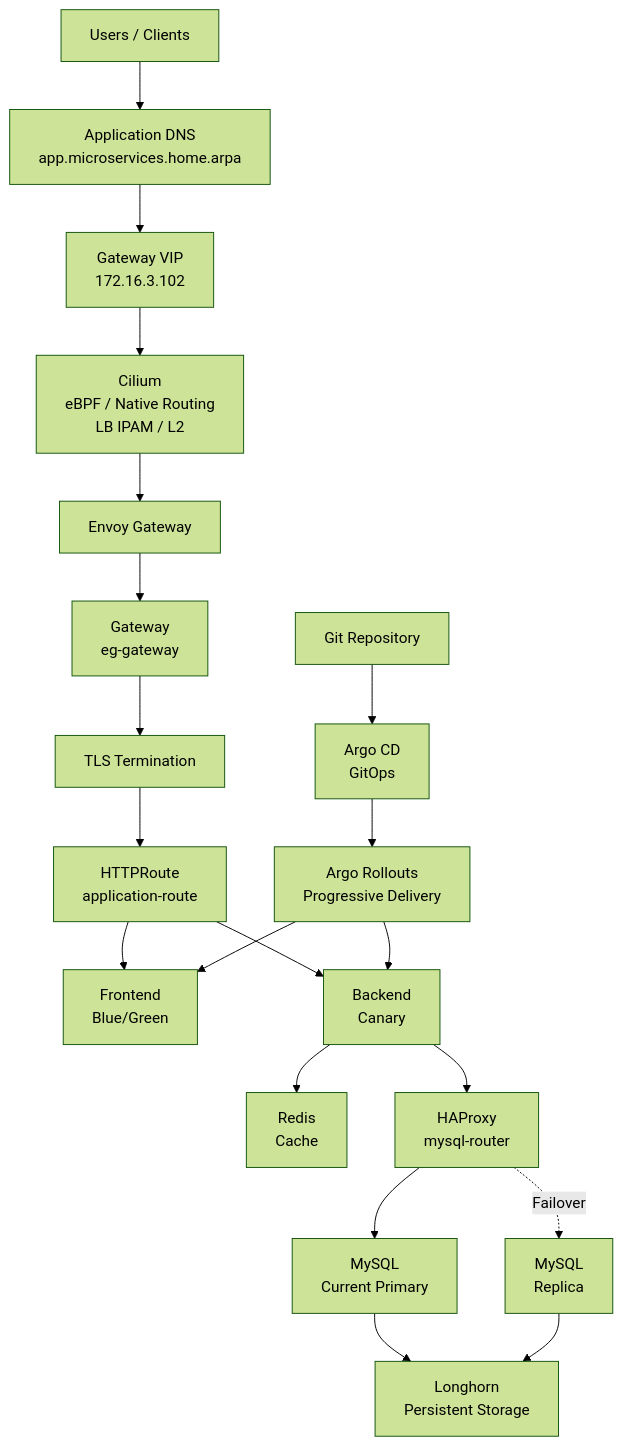
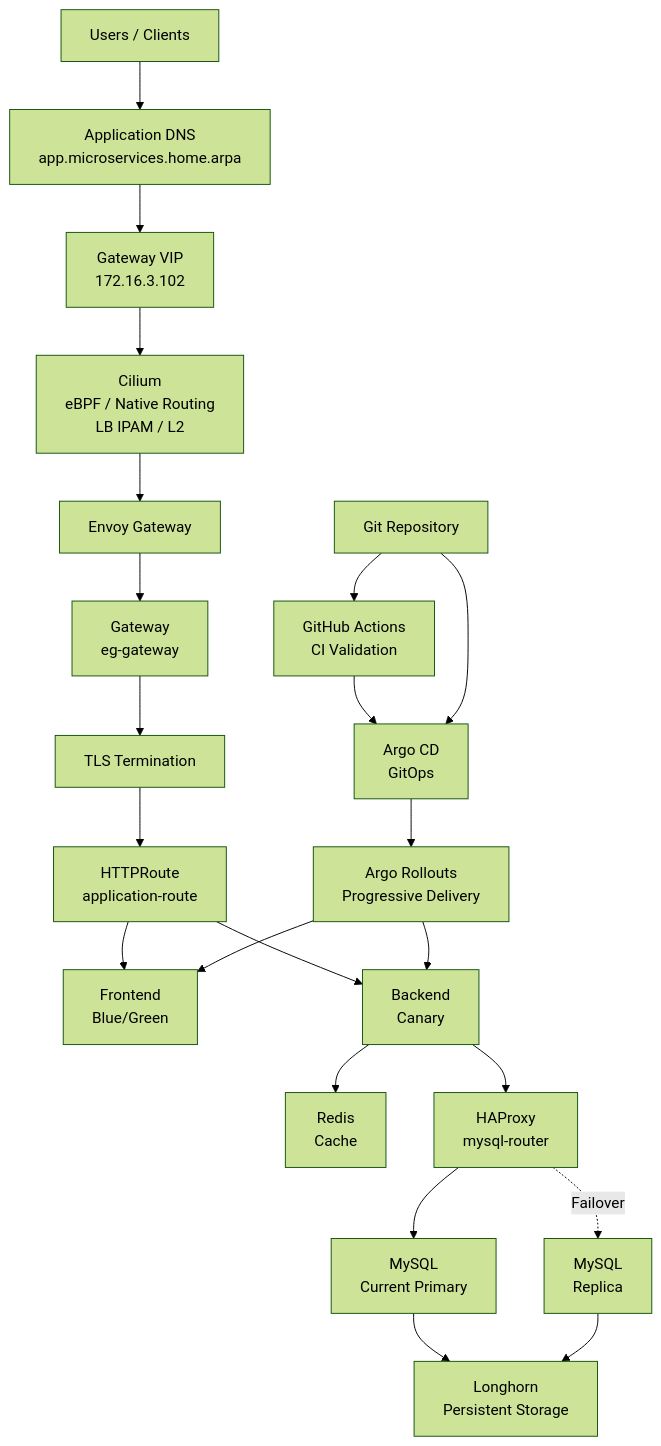
Before and after one commit to ahmed-sayed-devops/microservices-platform-gitops: the first of 30 diagrams in README.md, drawn with Mermaid (forest theme). The commit also changed other lines of this file, not shown here.

````diff
--- a/README.md
+++ b/README.md
@@ -75,65 +76,45 @@
 ```mermaid
 graph TD
-
     USER["Users / Clients"]
-
     DNS["Application DNS<br/>app.microservices.home.arpa"]
-
     VIP["Gateway VIP<br/>172.16.3.102"]
-
     CILIUM["Cilium<br/>eBPF / Native Routing<br/>LB IPAM / L2"]
-
     ENVOY["Envoy Gateway"]
-
     GATEWAY["Gateway<br/>eg-gateway"]
-
     TLS["TLS Termination"]
-
     ROUTE["HTTPRoute<br/>application-route"]
-
     FRONTEND["Frontend<br/>Blue/Green"]
-
     BACKEND["Backend<br/>Canary"]
-
     REDIS["Redis<br/>Cache"]
-
     HAPROXY["HAProxy<br/>mysql-router"]
-
     MYSQL_PRIMARY["MySQL<br/>Current Primary"]
-
     MYSQL_REPLICA["MySQL<br/>Replica"]
-
     LONGHORN["Longhorn<br/>Persistent Storage"]
-
     GIT["Git Repository"]
-
+    CI["GitHub Actions<br/>CI Validation"]
     ARGOCD["Argo CD<br/>GitOps"]
-
     ROLLOUTS["Argo Rollouts<br/>Progressive Delivery"]
 
     USER --> DNS
     DNS --> VIP
     VIP --> CILIUM
     CILIUM --> ENVOY
     ENVOY --> GATEWAY
     GATEWAY --> TLS
     TLS --> ROUTE
-
     ROUTE --> FRONTEND
     ROUTE --> BACKEND
-
     BACKEND --> REDIS
     BACKEND --> HAPROXY
-
     HAPROXY --> MYSQL_PRIMARY
     HAPROXY -. Failover .-> MYSQL_REPLICA
-
     MYSQL_PRIMARY --> LONGHORN
     MYSQL_REPLICA --> LONGHORN
 
+    GIT --> CI
+    CI --> ARGOCD
     GIT --> ARGOCD
     ARGOCD --> ROLLOUTS
-
     ROLLOUTS --> FRONTEND
     ROLLOUTS --> BACKEND
 ```
````
